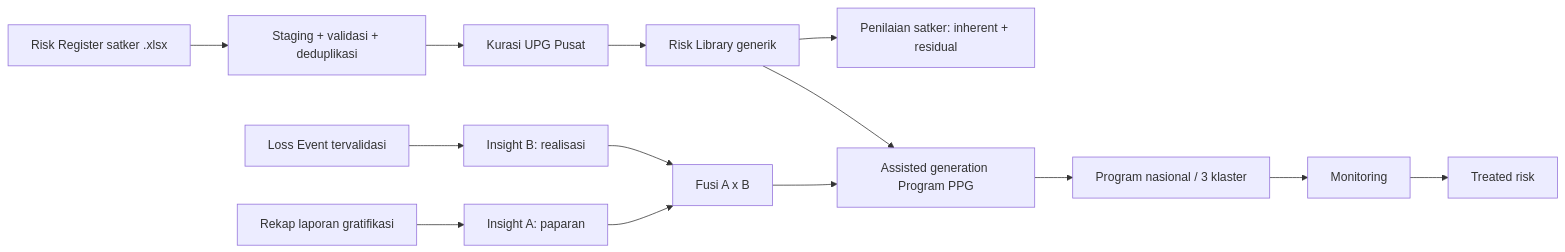
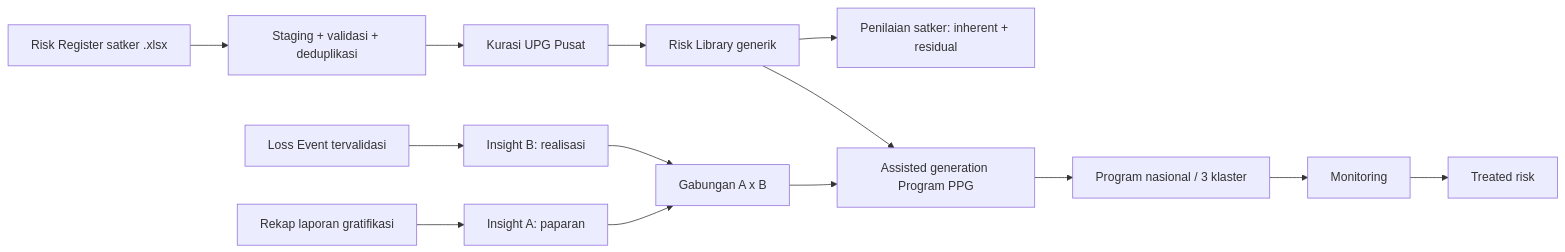
Before and after one commit to workspacericky-dot/risk-sim: the diagram in output/STARTER_KIT_AI_AGENT_RISK_SIM_PPG.md, drawn with Mermaid. The commit also changed other lines of this file and 22 other files, not shown here.

````diff
--- a/output/STARTER_KIT_AI_AGENT_RISK_SIM_PPG.md
+++ b/output/STARTER_KIT_AI_AGENT_RISK_SIM_PPG.md
@@ -170,16 +170,16 @@
 ```mermaid
 flowchart LR
   R[Rekap laporan gratifikasi] --> IA[Insight A: paparan]
   X[Risk Register satker .xlsx] --> ST[Staging + validasi + deduplikasi]
   ST --> KC[Kurasi UPG Pusat]
   KC --> RL[Risk Library generik]
   RL --> PR[Penilaian satker: inherent + residual]
   LE[Loss Event tervalidasi] --> IB[Insight B: realisasi]
-  IA --> F[Fusi A x B]
+  IA --> F[Gabungan A x B]
   IB --> F
   F --> PG[Assisted generation Program PPG]
   RL --> PG
   PG --> CL[Program nasional / 3 klaster]
   CL --> MON[Monitoring]
   MON --> TR[Treated risk]
 ```
````
